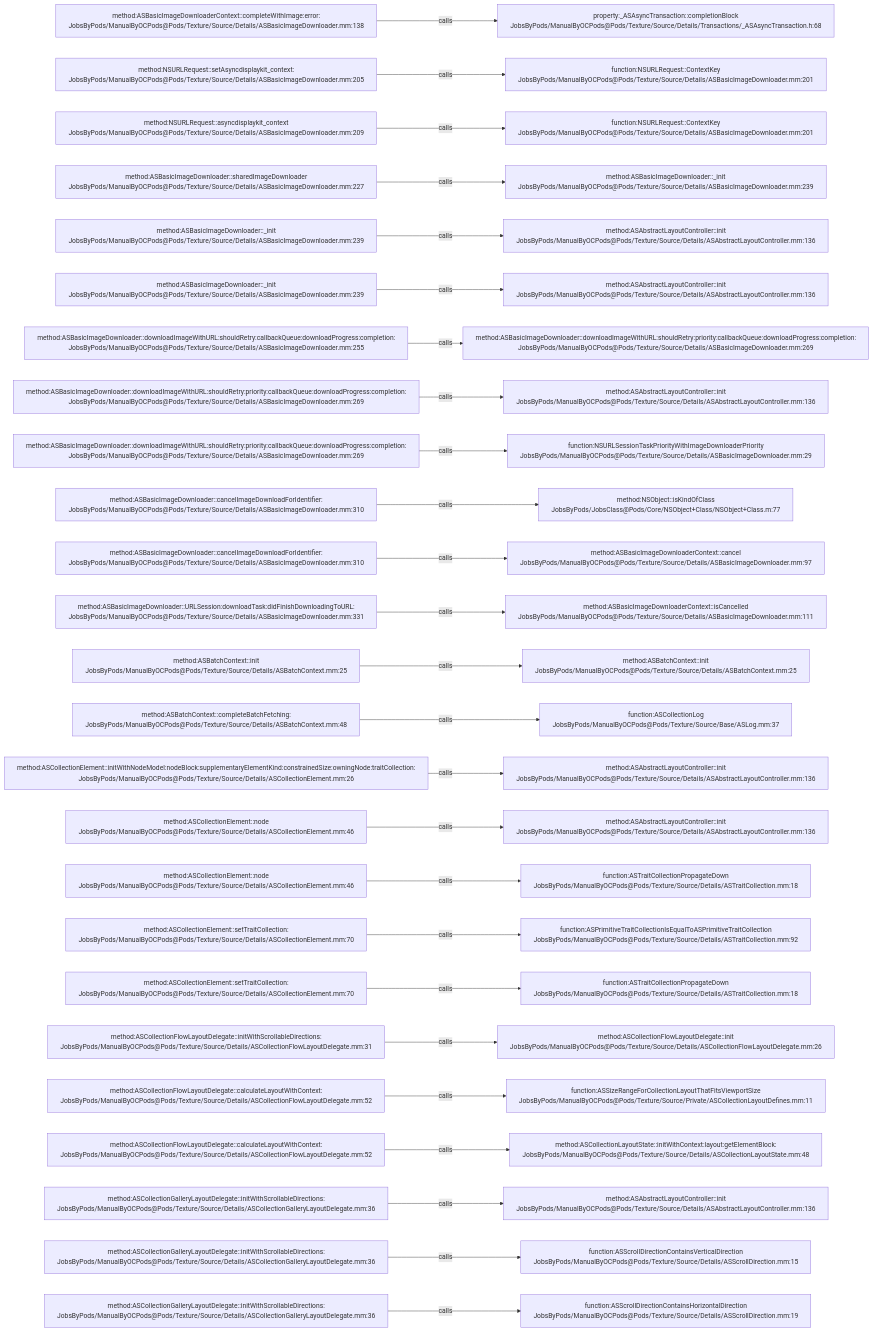
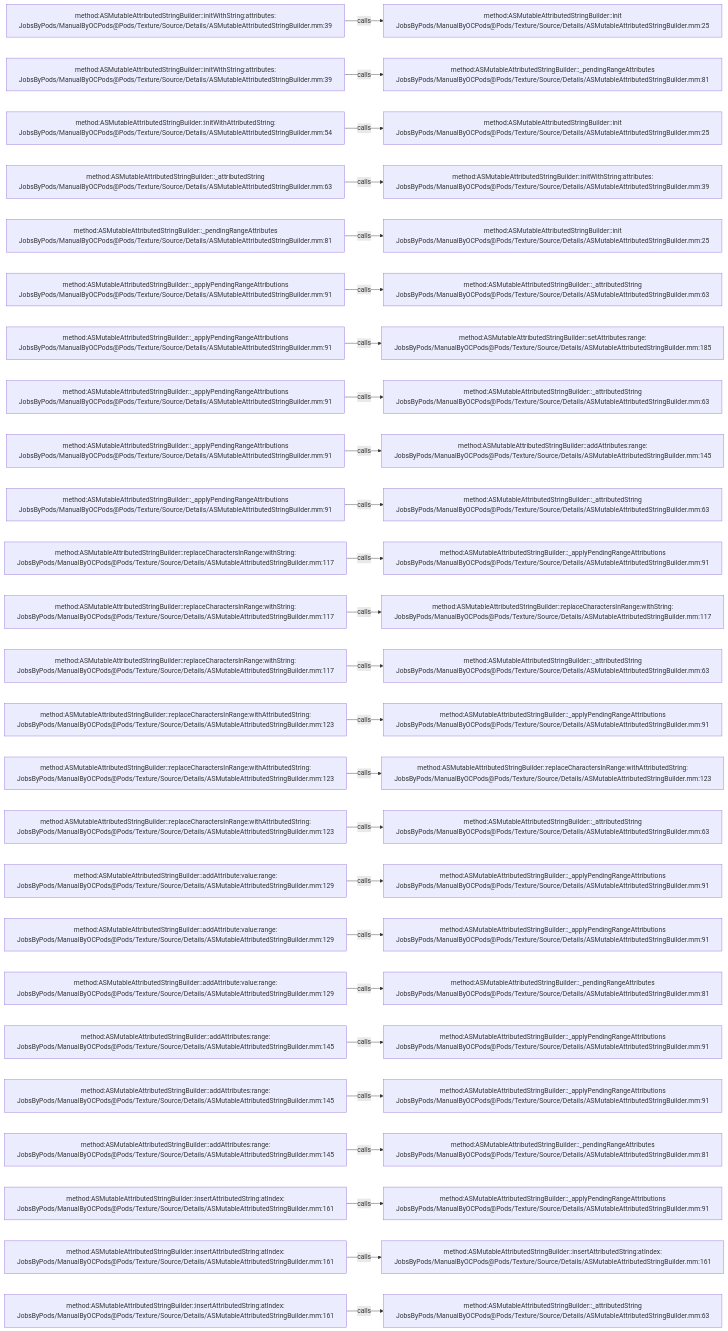
One commit to JobsKits/JobsOCBaseConfigDemo changed the diagram in .codegraph/codegraph.md/graphs/calls-143.md. Above: the diagram before and after it, drawn with Mermaid. The commit also changed 2723 other files, not shown here.

````diff
--- a/.codegraph/codegraph.md/graphs/calls-143.md
+++ b/.codegraph/codegraph.md/graphs/calls-143.md
@@ -13,78 +13,78 @@
 ```mermaid
 flowchart LR
-  S1["method:ASBasicImageDownloaderContext::completeWithImage:error:<br/>JobsByPods/ManualByOCPods@Pods/Texture/Source/Details/ASBasicImageDownloader.mm:138"]
-  T1["property:_ASAsyncTransaction::completionBlock<br/>JobsByPods/ManualByOCPods@Pods/Texture/Source/Details/Transactions/_ASAsyncTransaction.h:68"]
+  S1["method:ASMutableAttributedStringBuilder::initWithString:attributes:<br/>JobsByPods/ManualByOCPods@Pods/Texture/Source/Details/ASMutableAttributedStringBuilder.mm:39"]
+  T1["method:ASMutableAttributedStringBuilder::init<br/>JobsByPods/ManualByOCPods@Pods/Texture/Source/Details/ASMutableAttributedStringBuilder.mm:25"]
   S1 -->|calls| T1
-  S2["method:NSURLRequest::setAsyncdisplaykit_context:<br/>JobsByPods/ManualByOCPods@Pods/Texture/Source/Details/ASBasicImageDownloader.mm:205"]
-  T2["function:NSURLRequest::ContextKey<br/>JobsByPods/ManualByOCPods@Pods/Texture/Source/Details/ASBasicImageDownloader.mm:201"]
+  S2["method:ASMutableAttributedStringBuilder::initWithString:attributes:<br/>JobsByPods/ManualByOCPods@Pods/Texture/Source/Details/ASMutableAttributedStringBuilder.mm:39"]
+  T2["method:ASMutableAttributedStringBuilder::_pendingRangeAttributes<br/>JobsByPods/ManualByOCPods@Pods/Texture/Source/Details/ASMutableAttributedStringBuilder.mm:81"]
   S2 -->|calls| T2
-  S3["method:NSURLRequest::asyncdisplaykit_context<br/>JobsByPods/ManualByOCPods@Pods/Texture/Source/Details/ASBasicImageDownloader.mm:209"]
-  T3["function:NSURLRequest::ContextKey<br/>JobsByPods/ManualByOCPods@Pods/Texture/Source/Details/ASBasicImageDownloader.mm:201"]
+  S3["method:ASMutableAttributedStringBuilder::initWithAttributedString:<br/>JobsByPods/ManualByOCPods@Pods/Texture/Source/Details/ASMutableAttributedStringBuilder.mm:54"]
+  T3["method:ASMutableAttributedStringBuilder::init<br/>JobsByPods/ManualByOCPods@Pods/Texture/Source/Details/ASMutableAttributedStringBuilder.mm:25"]
   S3 -->|calls| T3
-  S4["method:ASBasicImageDownloader::sharedImageDownloader<br/>JobsByPods/ManualByOCPods@Pods/Texture/Source/Details/ASBasicImageDownloader.mm:227"]
-  T4["method:ASBasicImageDownloader::_init<br/>JobsByPods/ManualByOCPods@Pods/Texture/Source/Details/ASBasicImageDownloader.mm:239"]
+  S4["method:ASMutableAttributedStringBuilder::_attributedString<br/>JobsByPods/ManualByOCPods@Pods/Texture/Source/Details/ASMutableAttributedStringBuilder.mm:63"]
+  T4["method:ASMutableAttributedStringBuilder::initWithString:attributes:<br/>JobsByPods/ManualByOCPods@Pods/Texture/Source/Details/ASMutableAttributedStringBuilder.mm:39"]
   S4 -->|calls| T4
-  S5["method:ASBasicImageDownloader::_init<br/>JobsByPods/ManualByOCPods@Pods/Texture/Source/Details/ASBasicImageDownloader.mm:239"]
-  T5["method:ASAbstractLayoutController::init<br/>JobsByPods/ManualByOCPods@Pods/Texture/Source/Details/ASAbstractLayoutController.mm:136"]
+  S5["method:ASMutableAttributedStringBuilder::_pendingRangeAttributes<br/>JobsByPods/ManualByOCPods@Pods/Texture/Source/Details/ASMutableAttributedStringBuilder.mm:81"]
+  T5["method:ASMutableAttributedStringBuilder::init<br/>JobsByPods/ManualByOCPods@Pods/Texture/Source/Details/ASMutableAttributedStringBuilder.mm:25"]
   S5 -->|calls| T5
-  S6["method:ASBasicImageDownloader::_init<br/>JobsByPods/ManualByOCPods@Pods/Texture/Source/Details/ASBasicImageDownloader.mm:239"]
-  T6["method:ASAbstractLayoutController::init<br/>JobsByPods/ManualByOCPods@Pods/Texture/Source/Details/ASAbstractLayoutController.mm:136"]
+  S6["method:ASMutableAttributedStringBuilder::_applyPendingRangeAttributions<br/>JobsByPods/ManualByOCPods@Pods/Texture/Source/Details/ASMutableAttributedStringBuilder.mm:91"]
+  T6["method:ASMutableAttributedStringBuilder::_attributedString<br/>JobsByPods/ManualByOCPods@Pods/Texture/Source/Details/ASMutableAttributedStringBuilder.mm:63"]
   S6 -->|calls| T6
-  S7["method:ASBasicImageDownloader::downloadImageWithURL:shouldRetry:callbackQueue:downloadProgress:completion:<br/>JobsByPods/ManualByOCPods@Pods/Texture/Source/Details/ASBasicImageDownloader.mm:255"]
-  T7["method:ASBasicImageDownloader::downloadImageWithURL:shouldRetry:priority:callbackQueue:downloadProgress:completion:<br/>JobsByPods/ManualByOCPods@Pods/Texture/Source/Details/ASBasicImageDownloader.mm:269"]
+  S7["method:ASMutableAttributedStringBuilder::_applyPendingRangeAttributions<br/>JobsByPods/ManualByOCPods@Pods/Texture/Source/Details/ASMutableAttributedStringBuilder.mm:91"]
+  T7["method:ASMutableAttributedStringBuilder::setAttributes:range:<br/>JobsByPods/ManualByOCPods@Pods/Texture/Source/Details/ASMutableAttributedStringBuilder.mm:185"]
   S7 -->|calls| T7
-  S8["method:ASBasicImageDownloader::downloadImageWithURL:shouldRetry:priority:callbackQueue:downloadProgress:completion:<br/>JobsByPods/ManualByOCPods@Pods/Texture/Source/Details/ASBasicImageDownloader.mm:269"]
-  T8["method:ASAbstractLayoutController::init<br/>JobsByPods/ManualByOCPods@Pods/Texture/Source/Details/ASAbstractLayoutController.mm:136"]
+  S8["method:ASMutableAttributedStringBuilder::_applyPendingRangeAttributions<br/>JobsByPods/ManualByOCPods@Pods/Texture/Source/Details/ASMutableAttributedStringBuilder.mm:91"]
+  T8["method:ASMutableAttributedStringBuilder::_attributedString<br/>JobsByPods/ManualByOCPods@Pods/Texture/Source/Details/ASMutableAttributedStringBuilder.mm:63"]
   S8 -->|calls| T8
-  S9["method:ASBasicImageDownloader::downloadImageWithURL:shouldRetry:priority:callbackQueue:downloadProgress:completion:<br/>JobsByPods/ManualByOCPods@Pods/Texture/Source/Details/ASBasicImageDownloader.mm:269"]
-  T9["function:NSURLSessionTaskPriorityWithImageDownloaderPriority<br/>JobsByPods/ManualByOCPods@Pods/Texture/Source/Details/ASBasicImageDownloader.mm:29"]
+  S9["method:ASMutableAttributedStringBuilder::_applyPendingRangeAttributions<br/>JobsByPods/ManualByOCPods@Pods/Texture/Source/Details/ASMutableAttributedStringBuilder.mm:91"]
+  T9["method:ASMutableAttributedStringBuilder::addAttributes:range:<br/>JobsByPods/ManualByOCPods@Pods/Texture/Source/Details/ASMutableAttributedStringBuilder.mm:145"]
   S9 -->|calls| T9
-  S10["method:ASBasicImageDownloader::cancelImageDownloadForIdentifier:<br/>JobsByPods/ManualByOCPods@Pods/Texture/Source/Details/ASBasicImageDownloader.mm:310"]
-  T10["method:NSObject::isKindOfClass<br/>JobsByPods/JobsClass@Pods/Core/NSObject+Class/NSObject+Class.m:77"]
+  S10["method:ASMutableAttributedStringBuilder::_applyPendingRangeAttributions<br/>JobsByPods/ManualByOCPods@Pods/Texture/Source/Details/ASMutableAttributedStringBuilder.mm:91"]
+  T10["method:ASMutableAttributedStringBuilder::_attributedString<br/>JobsByPods/ManualByOCPods@Pods/Texture/Source/Details/ASMutableAttributedStringBuilder.mm:63"]
   S10 -->|calls| T10
-  S11["method:ASBasicImageDownloader::cancelImageDownloadForIdentifier:<br/>JobsByPods/ManualByOCPods@Pods/Texture/Source/Details/ASBasicImageDownloader.mm:310"]
-  T11["method:ASBasicImageDownloaderContext::cancel<br/>JobsByPods/ManualByOCPods@Pods/Texture/Source/Details/ASBasicImageDownloader.mm:97"]
+  S11["method:ASMutableAttributedStringBuilder::replaceCharactersInRange:withString:<br/>JobsByPods/ManualByOCPods@Pods/Texture/Source/Details/ASMutableAttributedStringBuilder.mm:117"]
+  T11["method:ASMutableAttributedStringBuilder::_applyPendingRangeAttributions<br/>JobsByPods/ManualByOCPods@Pods/Texture/Source/Details/ASMutableAttributedStringBuilder.mm:91"]
   S11 -->|calls| T11
-  S12["method:ASBasicImageDownloader::URLSession:downloadTask:didFinishDownloadingToURL:<br/>JobsByPods/ManualByOCPods@Pods/Texture/Source/Details/ASBasicImageDownloader.mm:331"]
-  T12["method:ASBasicImageDownloaderContext::isCancelled<br/>JobsByPods/ManualByOCPods@Pods/Texture/Source/Details/ASBasicImageDownloader.mm:111"]
+  S12["method:ASMutableAttributedStringBuilder::replaceCharactersInRange:withString:<br/>JobsByPods/ManualByOCPods@Pods/Texture/Source/Details/ASMutableAttributedStringBuilder.mm:117"]
+  T12["method:ASMutableAttributedStringBuilder::replaceCharactersInRange:withString:<br/>JobsByPods/ManualByOCPods@Pods/Texture/Source/Details/ASMutableAttributedStringBuilder.mm:117"]
   S12 -->|calls| T12
-  S13["method:ASBatchContext::init<br/>JobsByPods/ManualByOCPods@Pods/Texture/Source/Details/ASBatchContext.mm:25"]
-  T13["method:ASBatchContext::init<br/>JobsByPods/ManualByOCPods@Pods/Texture/Source/Details/ASBatchContext.mm:25"]
+  S13["method:ASMutableAttributedStringBuilder::replaceCharactersInRange:withString:<br/>JobsByPods/ManualByOCPods@Pods/Texture/Source/Details/ASMutableAttributedStringBuilder.mm:117"]
+  T13["method:ASMutableAttributedStringBuilder::_attributedString<br/>JobsByPods/ManualByOCPods@Pods/Texture/Source/Details/ASMutableAttributedStringBuilder.mm:63"]
   S13 -->|calls| T13
-  S14["method:ASBatchContext::completeBatchFetching:<br/>JobsByPods/ManualByOCPods@Pods/Texture/Source/Details/ASBatchContext.mm:48"]
-  T14["function:ASCollectionLog<br/>JobsByPods/ManualByOCPods@Pods/Texture/Source/Base/ASLog.mm:37"]
+  S14["method:ASMutableAttributedStringBuilder::replaceCharactersInRange:withAttributedString:<br/>JobsByPods/ManualByOCPods@Pods/Texture/Source/Details/ASMutableAttributedStringBuilder.mm:123"]
+  T14["method:ASMutableAttributedStringBuilder::_applyPendingRangeAttributions<br/>JobsByPods/ManualByOCPods@Pods/Texture/Source/Details/ASMutableAttributedStringBuilder.mm:91"]
   S14 -->|calls| T14
-  S15["method:ASCollectionElement::initWithNodeModel:nodeBlock:supplementaryElementKind:constrainedSize:owningNode:traitCollection:<br/>JobsByPods/ManualByOCPods@Pods/Texture/Source/Details/ASCollectionElement.mm:26"]
-  T15["method:ASAbstractLayoutController::init<br/>JobsByPods/ManualByOCPods@Pods/Texture/Source/Details/ASAbstractLayoutController.mm:136"]
+  S15["method:ASMutableAttributedStringBuilder::replaceCharactersInRange:withAttributedString:<br/>JobsByPods/ManualByOCPods@Pods/Texture/Source/Details/ASMutableAttributedStringBuilder.mm:123"]
+  T15["method:ASMutableAttributedStringBuilder::replaceCharactersInRange:withAttributedString:<br/>JobsByPods/ManualByOCPods@Pods/Texture/Source/Details/ASMutableAttributedStringBuilder.mm:123"]
   S15 -->|calls| T15
-  S16["method:ASCollectionElement::node<br/>JobsByPods/ManualByOCPods@Pods/Texture/Source/Details/ASCollectionElement.mm:46"]
-  T16["method:ASAbstractLayoutController::init<br/>JobsByPods/ManualByOCPods@Pods/Texture/Source/Details/ASAbstractLayoutController.mm:136"]
+  S16["method:ASMutableAttributedStringBuilder::replaceCharactersInRange:withAttributedString:<br/>JobsByPods/ManualByOCPods@Pods/Texture/Source/Details/ASMutableAttributedStringBuilder.mm:123"]
+  T16["method:ASMutableAttributedStringBuilder::_attributedString<br/>JobsByPods/ManualByOCPods@Pods/Texture/Source/Details/ASMutableAttributedStringBuilder.mm:63"]
   S16 -->|calls| T16
-  S17["method:ASCollectionElement::node<br/>JobsByPods/ManualByOCPods@Pods/Texture/Source/Details/ASCollectionElement.mm:46"]
-  T17["function:ASTraitCollectionPropagateDown<br/>JobsByPods/ManualByOCPods@Pods/Texture/Source/Details/ASTraitCollection.mm:18"]
+  S17["method:ASMutableAttributedStringBuilder::addAttribute:value:range:<br/>JobsByPods/ManualByOCPods@Pods/Texture/Source/Details/ASMutableAttributedStringBuilder.mm:129"]
+  T17["method:ASMutableAttributedStringBuilder::_applyPendingRangeAttributions<br/>JobsByPods/ManualByOCPods@Pods/Texture/Source/Details/ASMutableAttributedStringBuilder.mm:91"]
   S17 -->|calls| T17
-  S18["method:ASCollectionElement::setTraitCollection:<br/>JobsByPods/ManualByOCPods@Pods/Texture/Source/Details/ASCollectionElement.mm:70"]
-  T18["function:ASPrimitiveTraitCollectionIsEqualToASPrimitiveTraitCollection<br/>JobsByPods/ManualByOCPods@Pods/Texture/Source/Details/ASTraitCollection.mm:92"]
+  S18["method:ASMutableAttributedStringBuilder::addAttribute:value:range:<br/>JobsByPods/ManualByOCPods@Pods/Texture/Source/Details/ASMutableAttributedStringBuilder.mm:129"]
+  T18["method:ASMutableAttributedStringBuilder::_applyPendingRangeAttributions<br/>JobsByPods/ManualByOCPods@Pods/Texture/Source/Details/ASMutableAttributedStringBuilder.mm:91"]
   S18 -->|calls| T18
-  S19["method:ASCollectionElement::setTraitCollection:<br/>JobsByPods/ManualByOCPods@Pods/Texture/Source/Details/ASCollectionElement.mm:70"]
-  T19["function:ASTraitCollectionPropagateDown<br/>JobsByPods/ManualByOCPods@Pods/Texture/Source/Details/ASTraitCollection.mm:18"]
+  S19["method:ASMutableAttributedStringBuilder::addAttribute:value:range:<br/>JobsByPods/ManualByOCPods@Pods/Texture/Source/Details/ASMutableAttributedStringBuilder.mm:129"]
+  T19["method:ASMutableAttributedStringBuilder::_pendingRangeAttributes<br/>JobsByPods/ManualByOCPods@Pods/Texture/Source/Details/ASMutableAttributedStringBuilder.mm:81"]
   S19 -->|calls| T19
-  S20["method:ASCollectionFlowLayoutDelegate::initWithScrollableDirections:<br/>JobsByPods/ManualByOCPods@Pods/Texture/Source/Details/ASCollectionFlowLayoutDelegate.mm:31"]
-  T20["method:ASCollectionFlowLayoutDelegate::init<br/>JobsByPods/ManualByOCPods@Pods/Texture/Source/Details/ASCollectionFlowLayoutDelegate.mm:26"]
+  S20["method:ASMutableAttributedStringBuilder::addAttributes:range:<br/>JobsByPods/ManualByOCPods@Pods/Texture/Source/Details/ASMutableAttributedStringBuilder.mm:145"]
+  T20["method:ASMutableAttributedStringBuilder::_applyPendingRangeAttributions<br/>JobsByPods/ManualByOCPods@Pods/Texture/Source/Details/ASMutableAttributedStringBuilder.mm:91"]
   S20 -->|calls| T20
-  S21["method:ASCollectionFlowLayoutDelegate::calculateLayoutWithContext:<br/>JobsByPods/ManualByOCPods@Pods/Texture/Source/Details/ASCollectionFlowLayoutDelegate.mm:52"]
-  T21["function:ASSizeRangeForCollectionLayoutThatFitsViewportSize<br/>JobsByPods/ManualByOCPods@Pods/Texture/Source/Private/ASCollectionLayoutDefines.mm:11"]
+  S21["method:ASMutableAttributedStringBuilder::addAttributes:range:<br/>JobsByPods/ManualByOCPods@Pods/Texture/Source/Details/ASMutableAttributedStringBuilder.mm:145"]
+  T21["method:ASMutableAttributedStringBuilder::_applyPendingRangeAttributions<br/>JobsByPods/ManualByOCPods@Pods/Texture/Source/Details/ASMutableAttributedStringBuilder.mm:91"]
   S21 -->|calls| T21
-  S22["method:ASCollectionFlowLayoutDelegate::calculateLayoutWithContext:<br/>JobsByPods/ManualByOCPods@Pods/Texture/Source/Details/ASCollectionFlowLayoutDelegate.mm:52"]
-  T22["method:ASCollectionLayoutState::initWithContext:layout:getElementBlock:<br/>JobsByPods/ManualByOCPods@Pods/Texture/Source/Details/ASCollectionLayoutState.mm:48"]
+  S22["method:ASMutableAttributedStringBuilder::addAttributes:range:<br/>JobsByPods/ManualByOCPods@Pods/Texture/Source/Details/ASMutableAttributedStringBuilder.mm:145"]
+  T22["method:ASMutableAttributedStringBuilder::_pendingRangeAttributes<br/>JobsByPods/ManualByOCPods@Pods/Texture/Source/Details/ASMutableAttributedStringBuilder.mm:81"]
   S22 -->|calls| T22
-  S23["method:ASCollectionGalleryLayoutDelegate::initWithScrollableDirections:<br/>JobsByPods/ManualByOCPods@Pods/Texture/Source/Details/ASCollectionGalleryLayoutDelegate.mm:36"]
-  T23["method:ASAbstractLayoutController::init<br/>JobsByPods/ManualByOCPods@Pods/Texture/Source/Details/ASAbstractLayoutController.mm:136"]
+  S23["method:ASMutableAttributedStringBuilder::insertAttributedString:atIndex:<br/>JobsByPods/ManualByOCPods@Pods/Texture/Source/Details/ASMutableAttributedStringBuilder.mm:161"]
+  T23["method:ASMutableAttributedStringBuilder::_applyPendingRangeAttributions<br/>JobsByPods/ManualByOCPods@Pods/Texture/Source/Details/ASMutableAttributedStringBuilder.mm:91"]
   S23 -->|calls| T23
-  S24["method:ASCollectionGalleryLayoutDelegate::initWithScrollableDirections:<br/>JobsByPods/ManualByOCPods@Pods/Texture/Source/Details/ASCollectionGalleryLayoutDelegate.mm:36"]
-  T24["function:ASScrollDirectionContainsVerticalDirection<br/>JobsByPods/ManualByOCPods@Pods/Texture/Source/Details/ASScrollDirection.mm:15"]
+  S24["method:ASMutableAttributedStringBuilder::insertAttributedString:atIndex:<br/>JobsByPods/ManualByOCPods@Pods/Texture/Source/Details/ASMutableAttributedStringBuilder.mm:161"]
+  T24["method:ASMutableAttributedStringBuilder::insertAttributedString:atIndex:<br/>JobsByPods/ManualByOCPods@Pods/Texture/Source/Details/ASMutableAttributedStringBuilder.mm:161"]
   S24 -->|calls| T24
-  S25["method:ASCollectionGalleryLayoutDelegate::initWithScrollableDirections:<br/>JobsByPods/ManualByOCPods@Pods/Texture/Source/Details/ASCollectionGalleryLayoutDelegate.mm:36"]
-  T25["function:ASScrollDirectionContainsHorizontalDirection<br/>JobsByPods/ManualByOCPods@Pods/Texture/Source/Details/ASScrollDirection.mm:19"]
+  S25["method:ASMutableAttributedStringBuilder::insertAttributedString:atIndex:<br/>JobsByPods/ManualByOCPods@Pods/Texture/Source/Details/ASMutableAttributedStringBuilder.mm:161"]
+  T25["method:ASMutableAttributedStringBuilder::_attributedString<br/>JobsByPods/ManualByOCPods@Pods/Texture/Source/Details/ASMutableAttributedStringBuilder.mm:63"]
   S25 -->|calls| T25
 ```
````
